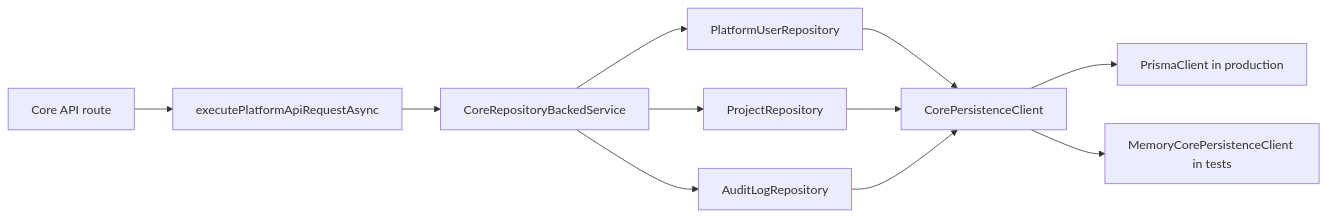
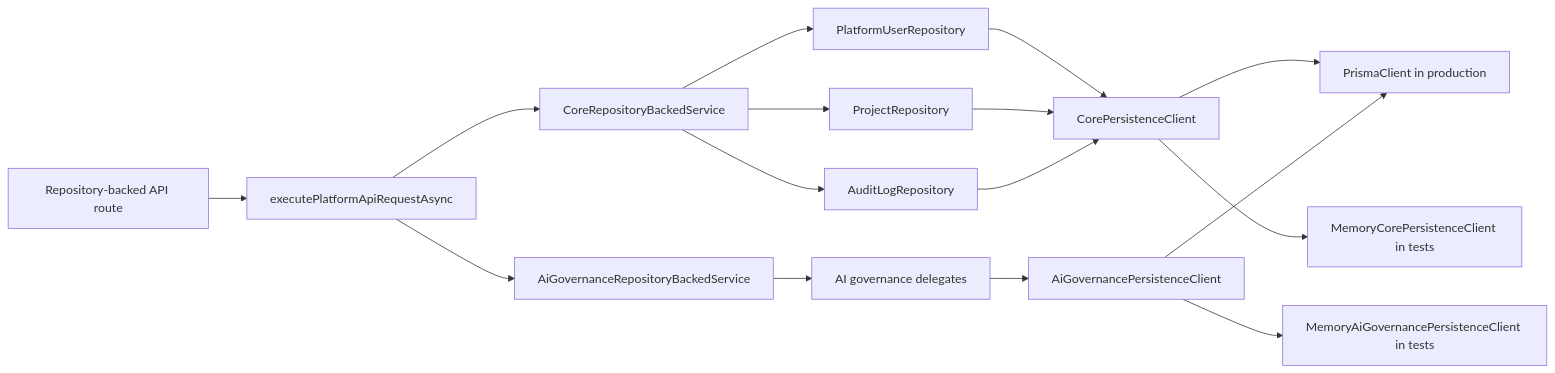
One commit to horizonxlabs/horizon changed the diagram in docs/operations/real-mvp-persistence.md. Above: the diagram before and after it, drawn with Mermaid. The commit also changed other lines of this file and 6 other files, not shown here.

````diff
--- a/docs/operations/real-mvp-persistence.md
+++ b/docs/operations/real-mvp-persistence.md
@@ -18,13 +19,18 @@
 ```mermaid
 flowchart LR
-  A["Core API route"] --> B["executePlatformApiRequestAsync"]
+  A["Repository-backed API route"] --> B["executePlatformApiRequestAsync"]
   B --> C["CoreRepositoryBackedService"]
+  B --> J["AiGovernanceRepositoryBackedService"]
   C --> D["PlatformUserRepository"]
   C --> E["ProjectRepository"]
   C --> F["AuditLogRepository"]
+  J --> K["AI governance delegates"]
   D --> G["CorePersistenceClient"]
   E --> G
   F --> G
+  K --> L["AiGovernancePersistenceClient"]
   G --> H["PrismaClient in production"]
   G --> I["MemoryCorePersistenceClient in tests"]
+  L --> H
+  L --> M["MemoryAiGovernancePersistenceClient in tests"]
 ```
````
